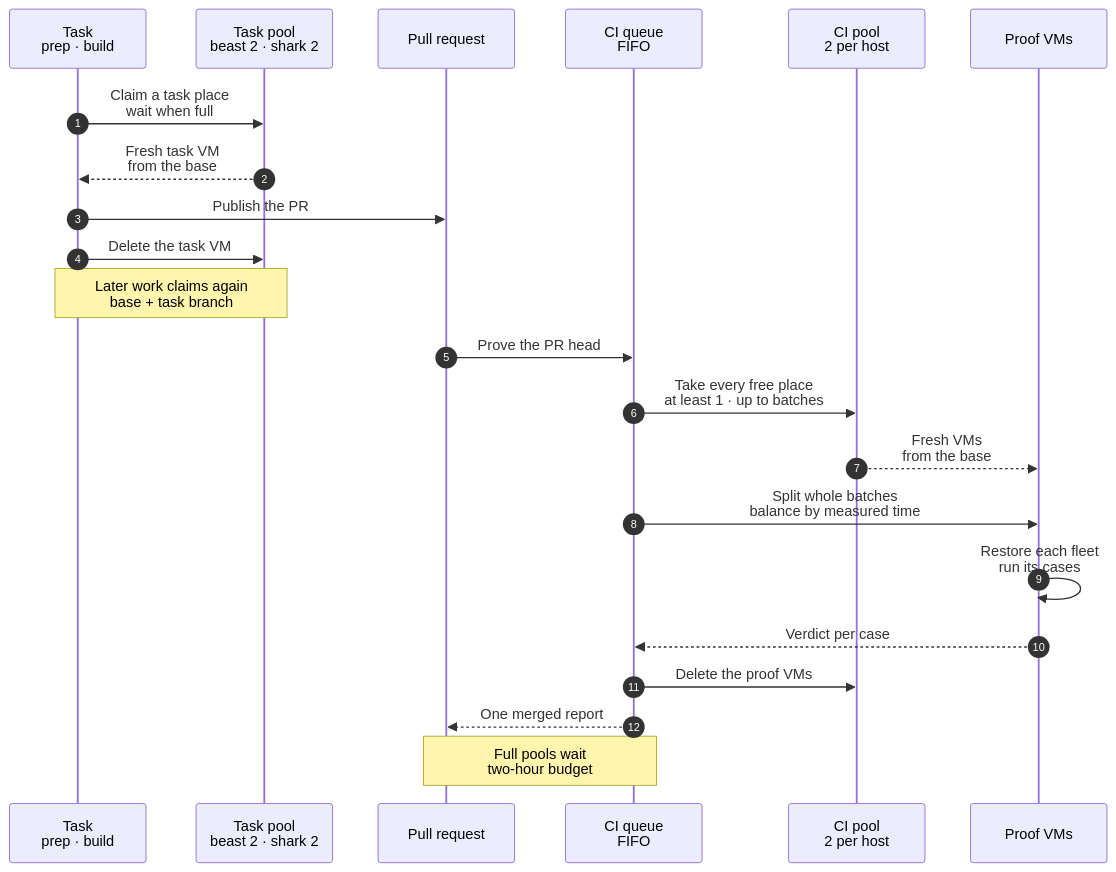
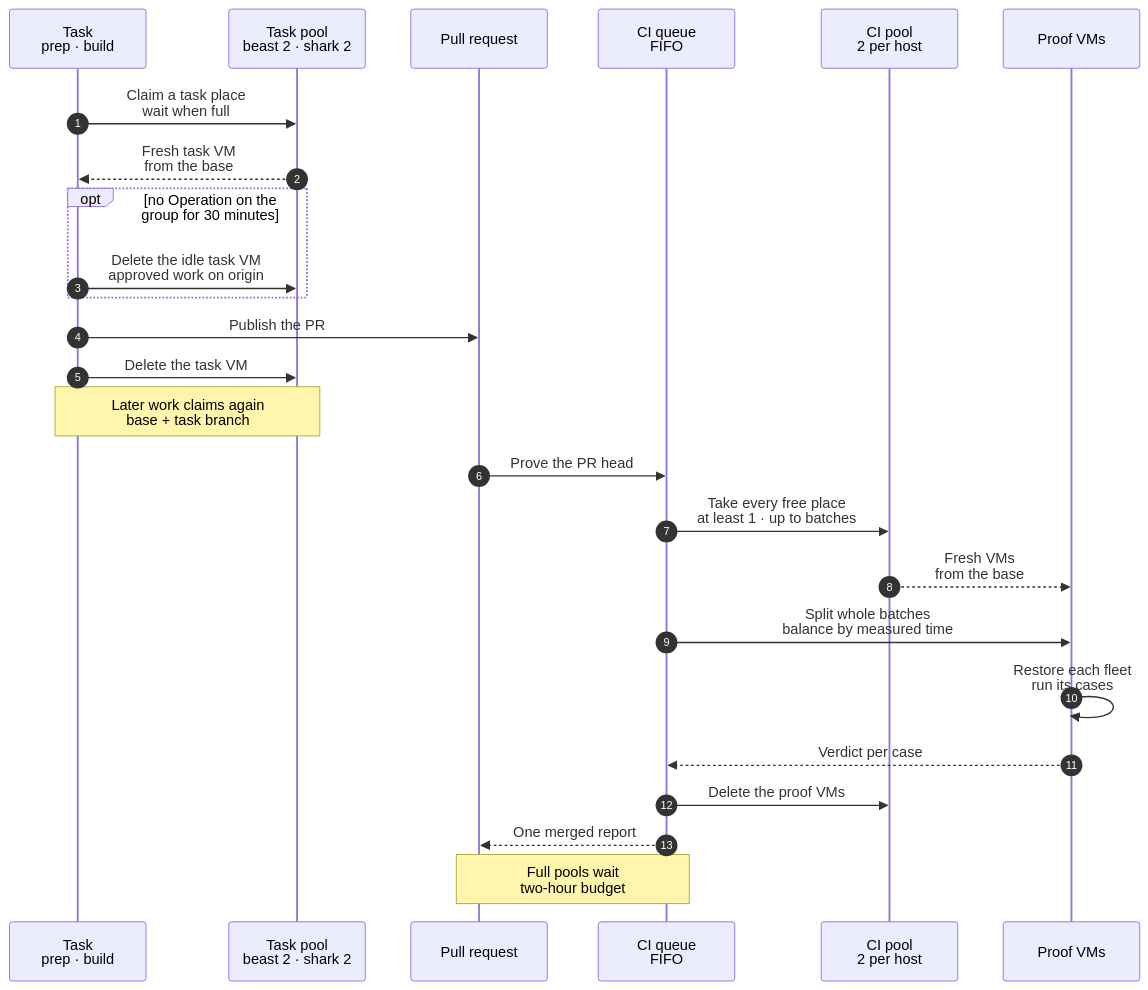
The diagram in docs/reference/pipeline/capacity-model.mmd (hardimpactdev/orbit), drawn with Mermaid before and after one commit. The commit also changed 5 other files, not shown here.

First line of the commit message:
docs(tasks): release a task VM that its group left idle for 30 minutes

```diff
--- a/docs/reference/pipeline/capacity-model.mmd
+++ b/docs/reference/pipeline/capacity-model.mmd
@@ -1,24 +1,27 @@
 sequenceDiagram
-  %% status: reviewed
+  %% status: draft
   %% kind: pipeline.capacity
   autonumber
   participant T as Task<br/>prep · build
   participant TP as Task pool<br/>beast 2 · shark 2
   participant PR as Pull request
   participant Q as CI queue<br/>FIFO
   participant CP as CI pool<br/>2 per host
   participant VM as Proof VMs
   T->>TP: Claim a task place<br/>wait when full
   TP-->>T: Fresh task VM<br/>from the base
+  opt no Operation on the group for 30 minutes
+    T->>TP: Delete the idle task VM<br/>approved work on origin
+  end
   T->>PR: Publish the PR
   T->>TP: Delete the task VM
   Note over T,TP: Later work claims again<br/>base + task branch
   PR->>Q: Prove the PR head
   Q->>CP: Take every free place<br/>at least 1 · up to batches
   CP-->>VM: Fresh VMs<br/>from the base
   Q->>VM: Split whole batches<br/>balance by measured time
   VM->>VM: Restore each fleet<br/>run its cases
   VM-->>Q: Verdict per case
   Q->>CP: Delete the proof VMs
   Q-->>PR: One merged report
   Note over Q,PR: Full pools wait<br/>two-hour budget
```
